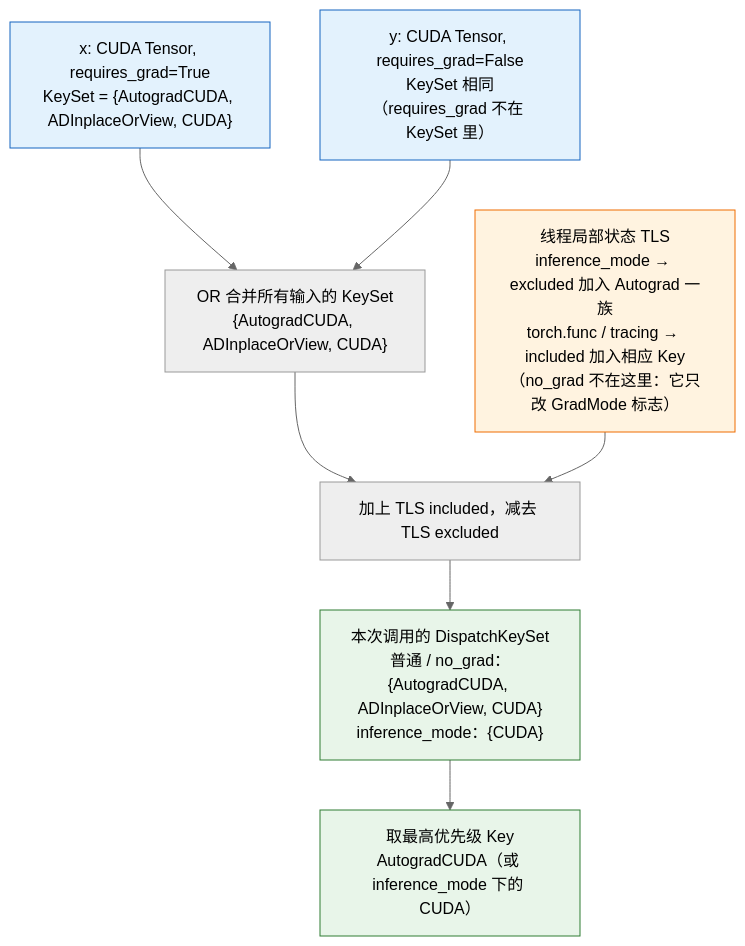
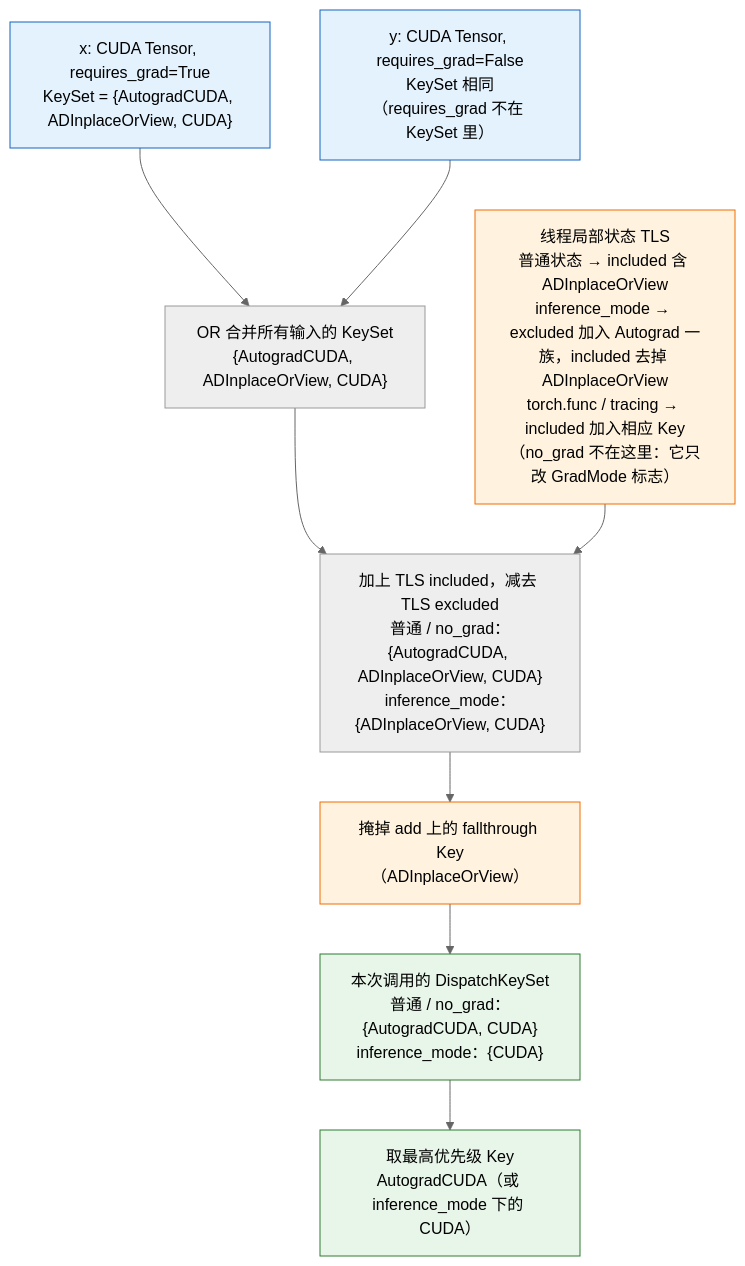
Before and after one commit to arganzheng/arganzheng.github.com: the fifth of 7 diagrams in _posts/2026-02-21-pytorch-dispatcher-and-operator-system.md, drawn with Mermaid (neutral theme). The commit also changed other lines of this file, not shown here.

First line of the commit message:
PyTorch 05：各处 DispatchKeySet 按 v2.10.0 源码写全

````diff
--- a/_posts/2026-02-21-pytorch-dispatcher-and-operator-system.md
+++ b/_posts/2026-02-21-pytorch-dispatcher-and-operator-system.md
@@ -523,22 +525,24 @@
 ```mermaid
-%% 图：合并 DispatchKeySet：各输入 KeySet 做 OR，叠加 TLS 的 include、减去 exclude
+%% 图：合并 DispatchKeySet：各输入 KeySet 做 OR，叠加 TLS 的 include、减去 exclude，再掩掉 fallthrough Key
 flowchart TB
     TX["x: CUDA Tensor, requires_grad=True<br/>KeySet = #123;AutogradCUDA, ADInplaceOrView, CUDA#125;"]
     TY["y: CUDA Tensor, requires_grad=False<br/>KeySet 相同（requires_grad 不在 KeySet 里）"]
-    TLS["线程局部状态 TLS<br/>inference_mode → excluded 加入 Autograd 一族<br/>torch.func / tracing → included 加入相应 Key<br/>（no_grad 不在这里：它只改 GradMode 标志）"]
+    TLS["线程局部状态 TLS<br/>普通状态 → included 含 ADInplaceOrView<br/>inference_mode → excluded 加入 Autograd 一族，included 去掉 ADInplaceOrView<br/>torch.func / tracing → included 加入相应 Key<br/>（no_grad 不在这里：它只改 GradMode 标志）"]
     OR["OR 合并所有输入的 KeySet<br/>#123;AutogradCUDA, ADInplaceOrView, CUDA#125;"]
-    MERGE["加上 TLS included，减去 TLS excluded"]
-    KS["本次调用的 DispatchKeySet<br/>普通 / no_grad：#123;AutogradCUDA, ADInplaceOrView, CUDA#125;<br/>inference_mode：#123;CUDA#125;"]
+    MERGE["加上 TLS included，减去 TLS excluded<br/>普通 / no_grad：#123;AutogradCUDA, ADInplaceOrView, CUDA#125;<br/>inference_mode：#123;ADInplaceOrView, CUDA#125;"]
+    MASK["掩掉 add 上的 fallthrough Key<br/>（ADInplaceOrView）"]
+    KS["本次调用的 DispatchKeySet<br/>普通 / no_grad：#123;AutogradCUDA, CUDA#125;<br/>inference_mode：#123;CUDA#125;"]
     TOP["取最高优先级 Key<br/>AutogradCUDA（或 inference_mode 下的 CUDA）"]
     TX --> OR
     TY --> OR
     OR --> MERGE
     TLS --> MERGE
-    MERGE --> KS --> TOP
+    MERGE --> MASK --> KS --> TOP
     classDef input fill:#e3f2fd,stroke:#1565c0;
     classDef ctx fill:#fff3e0,stroke:#ef6c00;
     classDef result fill:#e8f5e9,stroke:#2e7d32;
     class TX,TY input;
     class TLS ctx;
     class KS,TOP result;
+    class MASK ctx;
 ```
````
